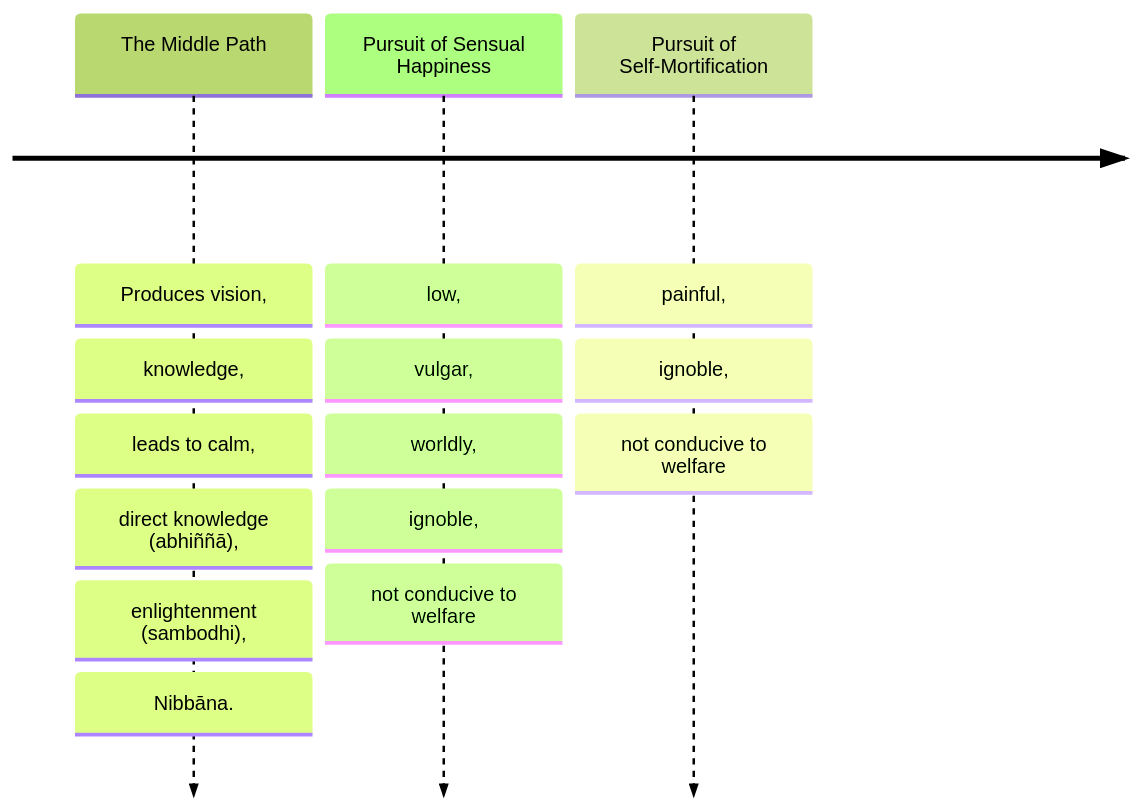
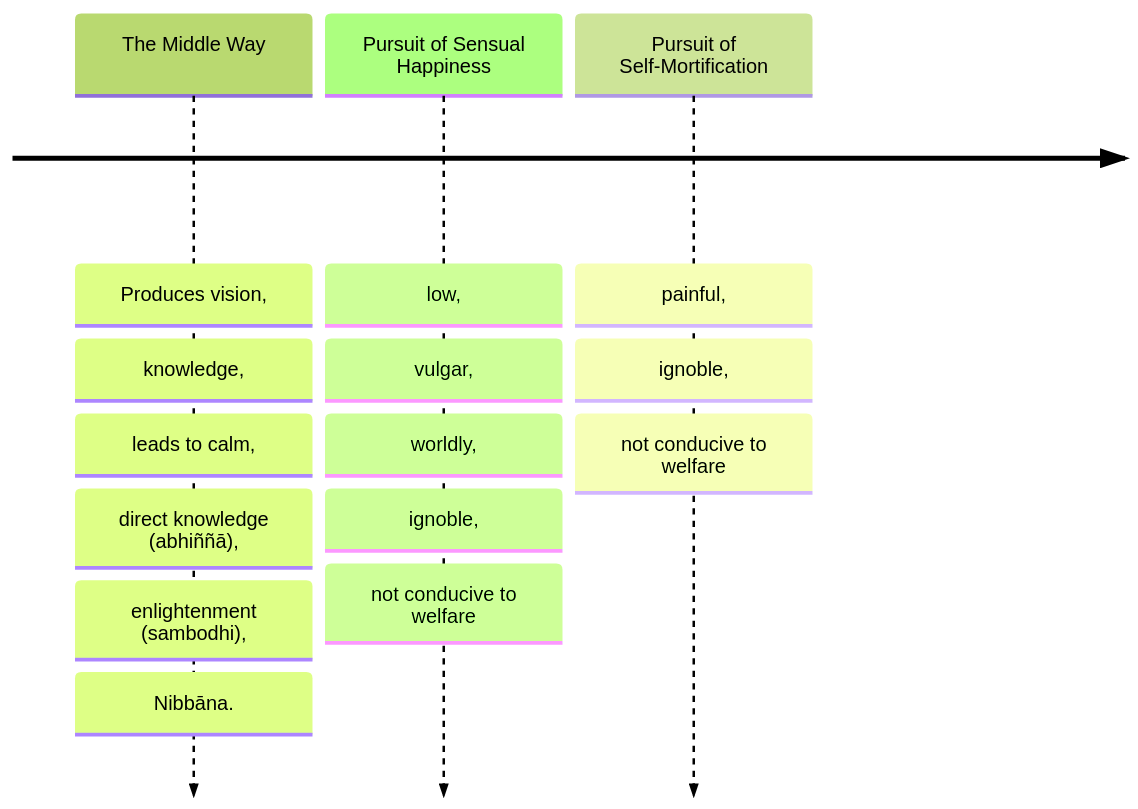
One commit to ChristineTham/tidipa changed the fifth of 13 diagrams in content/Khandhaka/1.6.md. Above: the diagram before and after it, drawn with Mermaid (forest theme). The commit also changed other lines of this file and 1 other file, not shown here.

````diff
--- a/content/Khandhaka/1.6.md
+++ b/content/Khandhaka/1.6.md
@@ -302,20 +302,20 @@
 ```mermaid
 timeline
-The Middle Path
+The Middle Way
     : Produces vision,
     : knowledge,
     : leads to calm,
     : direct knowledge (abhiññā),
     : enlightenment (sambodhi),
     : Nibbāna.
 Pursuit of Sensual Happiness
     : low,
     : vulgar,
     : worldly,
     : ignoble,
     : not conducive to welfare
 Pursuit of Self-Mortification
     : painful,
     : ignoble,
     : not conducive to welfare
 ```
````
